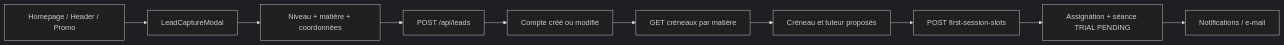
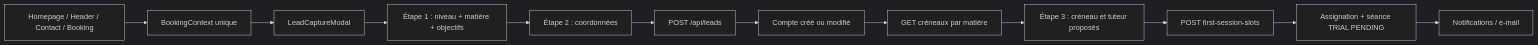
One commit to LordVERTON/SIKASCHOOL-website changed the first of 6 diagrams in docs/WORKFLOWS.md. Above: the diagram before and after it, drawn with Mermaid (dark theme). The commit also changed other lines of this file and 87 other files, not shown here.

````diff
--- a/docs/WORKFLOWS.md
+++ b/docs/WORKFLOWS.md
@@ -11,12 +15,14 @@
 ```mermaid
 flowchart LR
-  A[Homepage / Header / Promo] --> B[LeadCaptureModal]
-  B --> C[Niveau + matière + coordonnées]
+  A[Homepage / Header / Contact / Booking] --> X[BookingContext unique]
+  X --> B[LeadCaptureModal]
+  B --> C1[Étape 1 : niveau + matière + objectifs]
+  C1 --> C[Étape 2 : coordonnées]
   C --> D[POST /api/leads]
   D --> E[Compte créé ou modifié]
   E --> F[GET créneaux par matière]
-  F --> G[Créneau et tuteur proposés]
+  F --> G[Étape 3 : créneau et tuteur proposés]
   G --> H[POST first-session-slots]
   H --> I[Assignation + séance TRIAL PENDING]
   I --> J[Notifications / e-mail]
 ```
````
